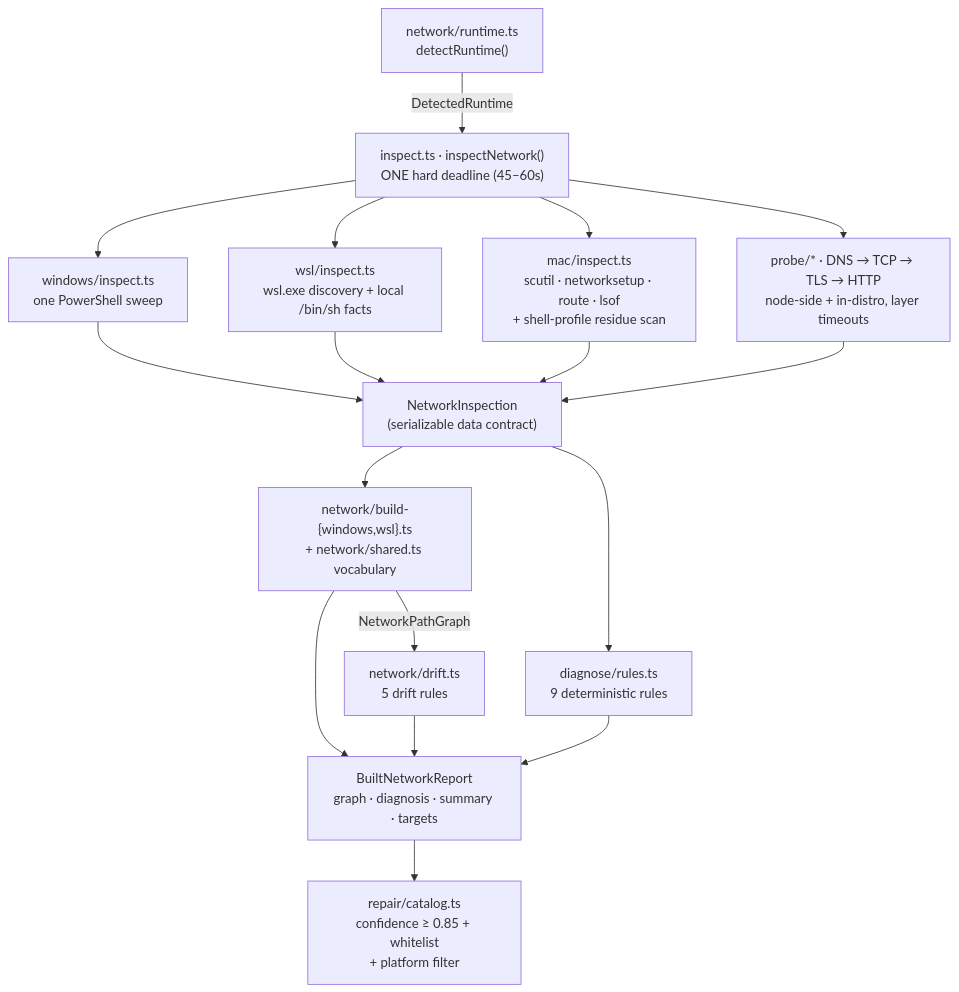
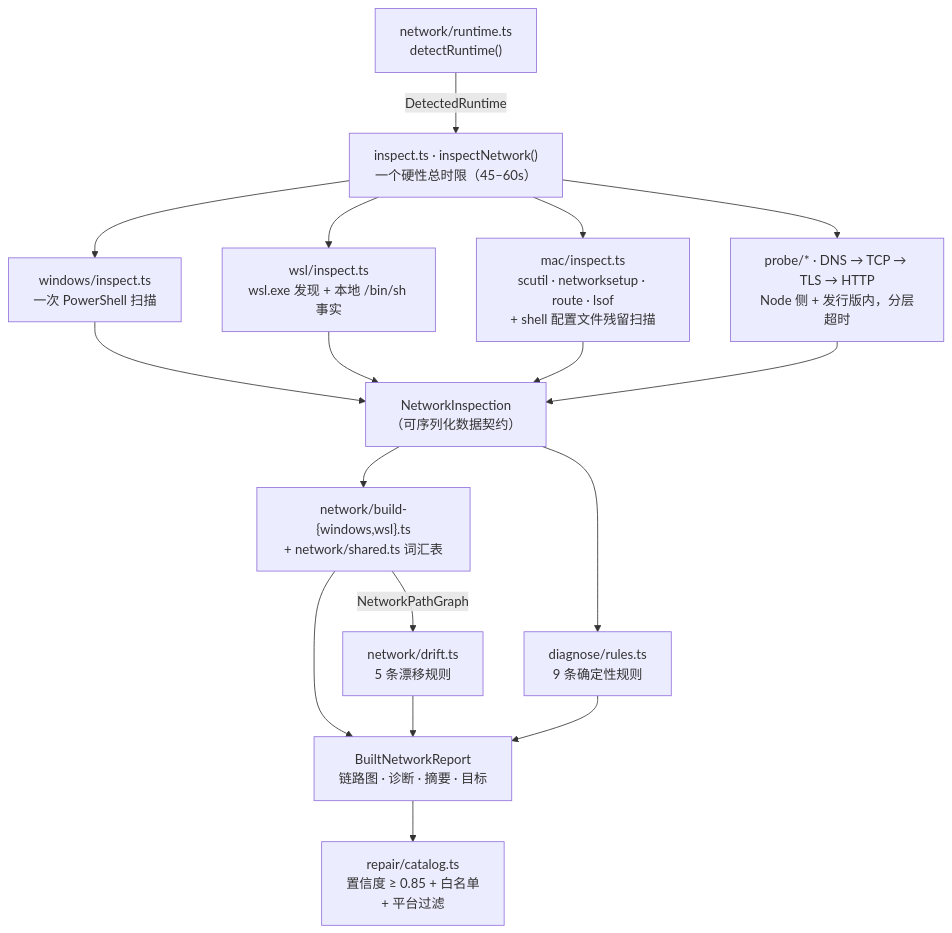
Before and after one commit to kanneiren/dsh-network-settings: the third of 7 diagrams in docs/architecture.md, drawn with Mermaid. The commit also changed other lines of this file and 3 other files, not shown here.

First line of the commit message:
docs: Chinese architecture doc as default, English moved to architecture.en.md

````diff
--- a/docs/architecture.md
+++ b/docs/architecture.md
@@ -58,28 +61,28 @@
 ```mermaid
 flowchart TB
   RT["network/runtime.ts<br/>detectRuntime()"]
-  INS["inspect.ts · inspectNetwork()<br/>ONE hard deadline (45–60s)"]
-  WIN["windows/inspect.ts<br/>one PowerShell sweep"]
-  WSL["wsl/inspect.ts<br/>wsl.exe discovery + local /bin/sh facts"]
-  MAC["mac/inspect.ts<br/>scutil · networksetup · route · lsof<br/>+ shell-profile residue scan"]
-  PRB["probe/* · DNS → TCP → TLS → HTTP<br/>node-side + in-distro, layer timeouts"]
-  INSPECTION["NetworkInspection<br/>(serializable data contract)"]
-  GRAPH["network/build-{windows,wsl}.ts<br/>+ network/shared.ts vocabulary"]
-  DRIFT["network/drift.ts<br/>5 drift rules"]
-  RULES["diagnose/rules.ts<br/>9 deterministic rules"]
-  GATE["repair/catalog.ts<br/>confidence ≥ 0.85 + whitelist<br/>+ platform filter"]
-  REPORT["BuiltNetworkReport<br/>graph · diagnosis · summary · targets"]
+  INS["inspect.ts · inspectNetwork()<br/>一个硬性总时限（45–60s）"]
+  WIN["windows/inspect.ts<br/>一次 PowerShell 扫描"]
+  WSL["wsl/inspect.ts<br/>wsl.exe 发现 + 本地 /bin/sh 事实"]
+  MAC["mac/inspect.ts<br/>scutil · networksetup · route · lsof<br/>+ shell 配置文件残留扫描"]
+  PRB["probe/* · DNS → TCP → TLS → HTTP<br/>Node 侧 + 发行版内，分层超时"]
+  INSPECTION["NetworkInspection<br/>（可序列化数据契约）"]
+  GRAPH["network/build-{windows,wsl}.ts<br/>+ network/shared.ts 词汇表"]
+  DRIFT["network/drift.ts<br/>5 条漂移规则"]
+  RULES["diagnose/rules.ts<br/>9 条确定性规则"]
+  GATE["repair/catalog.ts<br/>置信度 ≥ 0.85 + 白名单<br/>+ 平台过滤"]
+  REPORT["BuiltNetworkReport<br/>链路图 · 诊断 · 摘要 · 目标"]
 
   RT -->|"DetectedRuntime"| INS
   INS --> WIN --> INSPECTION
   INS --> WSL --> INSPECTION
   INS --> MAC --> INSPECTION
   INS --> PRB --> INSPECTION
   INSPECTION --> GRAPH
   GRAPH -->|"NetworkPathGraph"| DRIFT
   INSPECTION --> RULES
   GRAPH --> REPORT
   DRIFT --> REPORT
   RULES --> REPORT
   REPORT --> GATE
 ```
````
